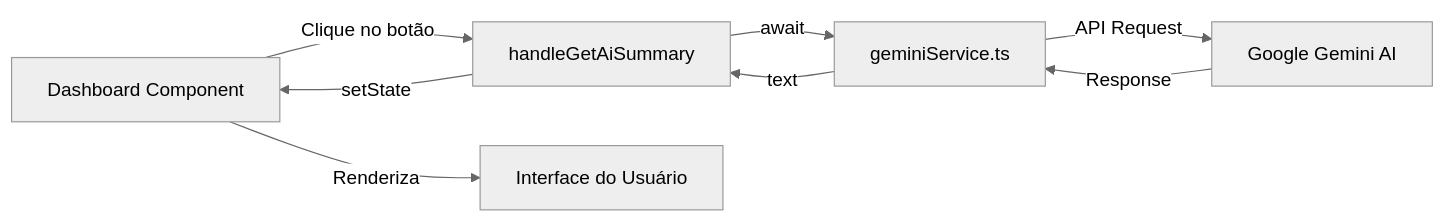
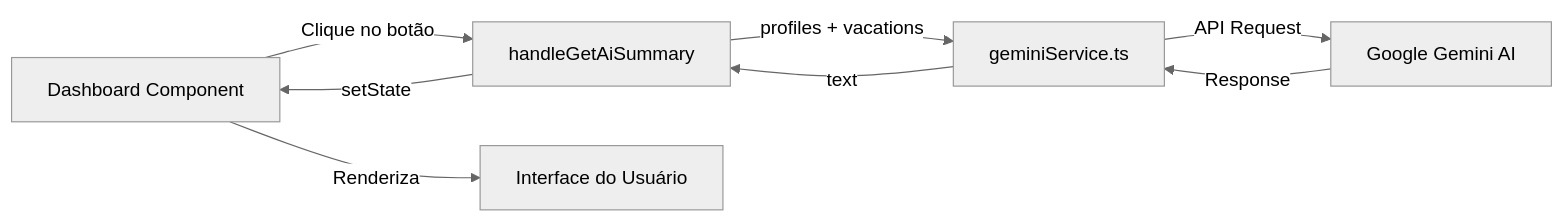
One commit to OlosLive/holidayGo changed the eighth of 9 diagrams in docs/ARCHITECTURE.md. Above: the diagram before and after it, drawn with Mermaid (neutral theme). The commit also changed other lines of this file and 25 other files, not shown here.

````diff
--- a/docs/ARCHITECTURE.md
+++ b/docs/ARCHITECTURE.md
@@ -256,10 +480,10 @@
 ```mermaid
 graph LR
     Dashboard[Dashboard Component] -->|Clique no botão| Handler[handleGetAiSummary]
-    Handler -->|await| Service[geminiService.ts]
+    Handler -->|profiles + vacations| Service[geminiService.ts]
     Service -->|API Request| Gemini[Google Gemini AI]
     Gemini -->|Response| Service
     Service -->|text| Handler
     Handler -->|setState| Dashboard
     Dashboard -->|Renderiza| UI[Interface do Usuário]
 ```
````
